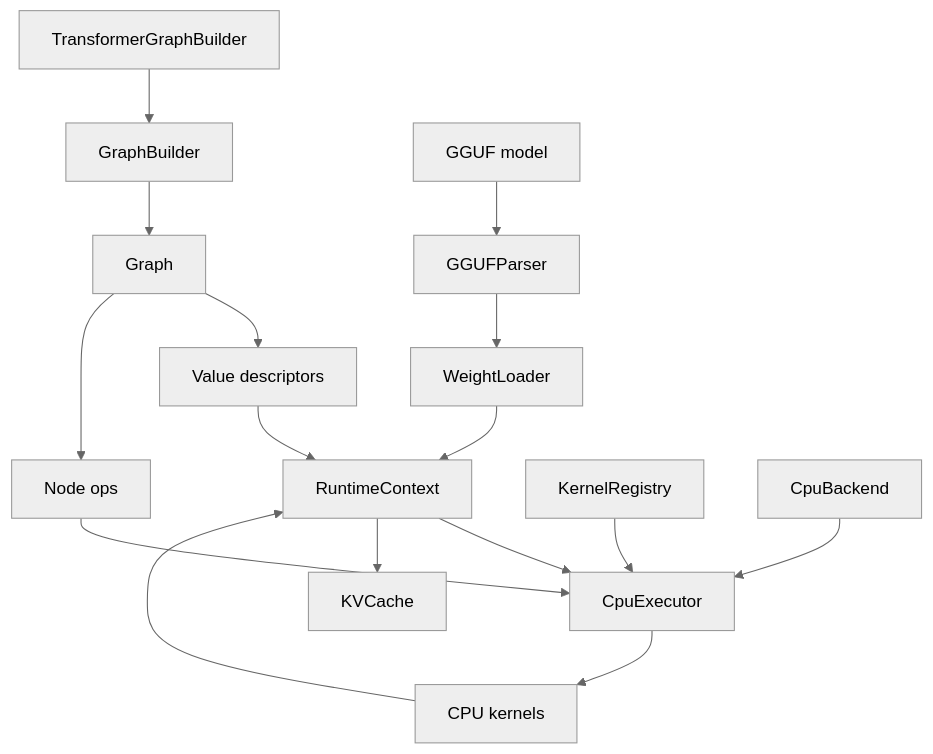
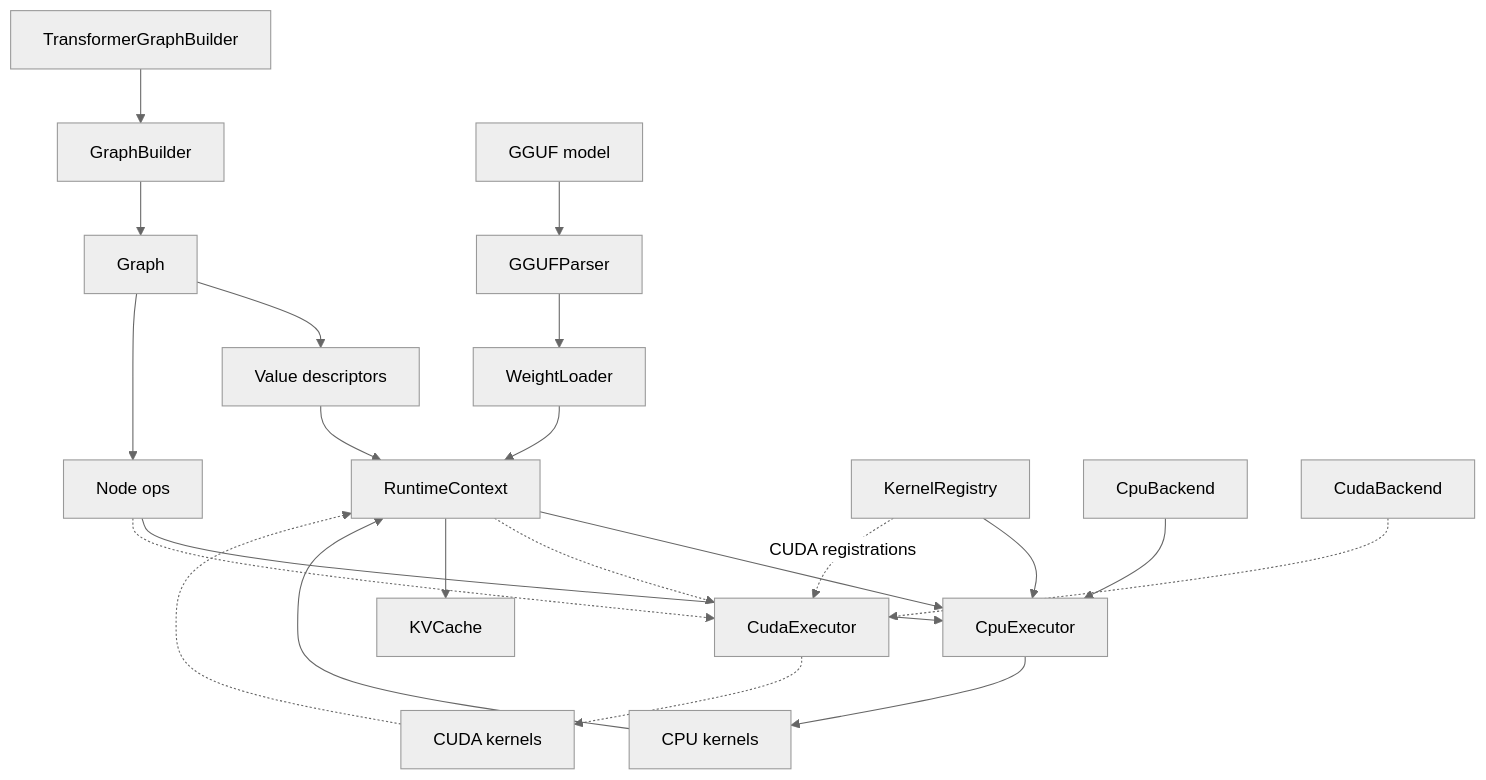
One commit to plutoaac/llmengine changed the first of 3 diagrams in docs/design.md. Above: the diagram before and after it, drawn with Mermaid (neutral theme). The commit also changed other lines of this file and 16 other files, not shown here.

Commit message:
Add optional CUDA backend skeleton

````diff
--- a/docs/design.md
+++ b/docs/design.md
@@ -16,20 +17,26 @@
 ```mermaid
 flowchart TD
     Model["TransformerGraphBuilder"] --> Builder["GraphBuilder"]
     Builder --> Graph["Graph"]
     Graph --> Values["Value descriptors"]
     Graph --> Nodes["Node ops"]
 
     GGUF["GGUF model"] --> Parser["GGUFParser"]
     Parser --> Loader["WeightLoader"]
     Loader --> Context["RuntimeContext"]
 
     Values --> Context
     Context --> Executor["CpuExecutor"]
+    Context -.-> CudaExecutor["CudaExecutor"]
     Nodes --> Executor
+    Nodes -.-> CudaExecutor
     Registry["KernelRegistry"] --> Executor
+    Registry -. "CUDA registrations" .-> CudaExecutor
     Backend["CpuBackend"] --> Executor
+    CudaBackend["CudaBackend"] -.-> CudaExecutor
     Executor --> Kernels["CPU kernels"]
+    CudaExecutor -.-> CudaKernels["CUDA kernels"]
     Kernels --> Context
+    CudaKernels -.-> Context
     Context --> Cache["KVCache"]
 ```
````
